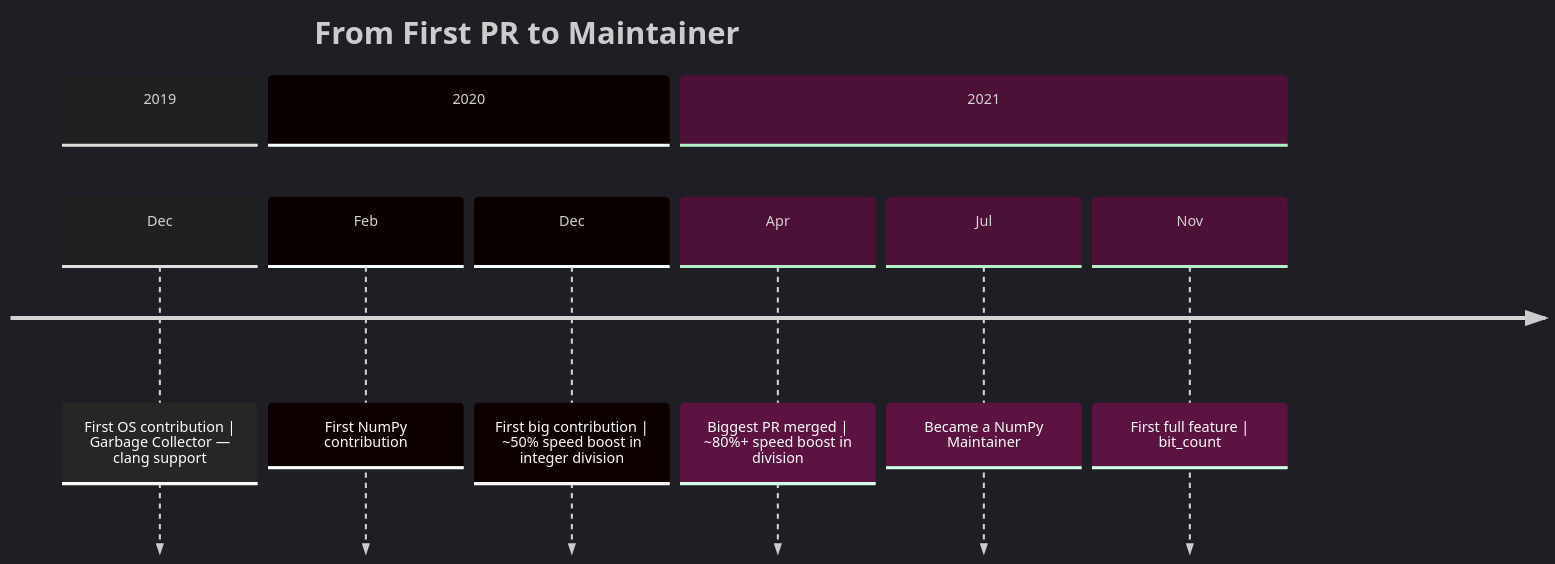
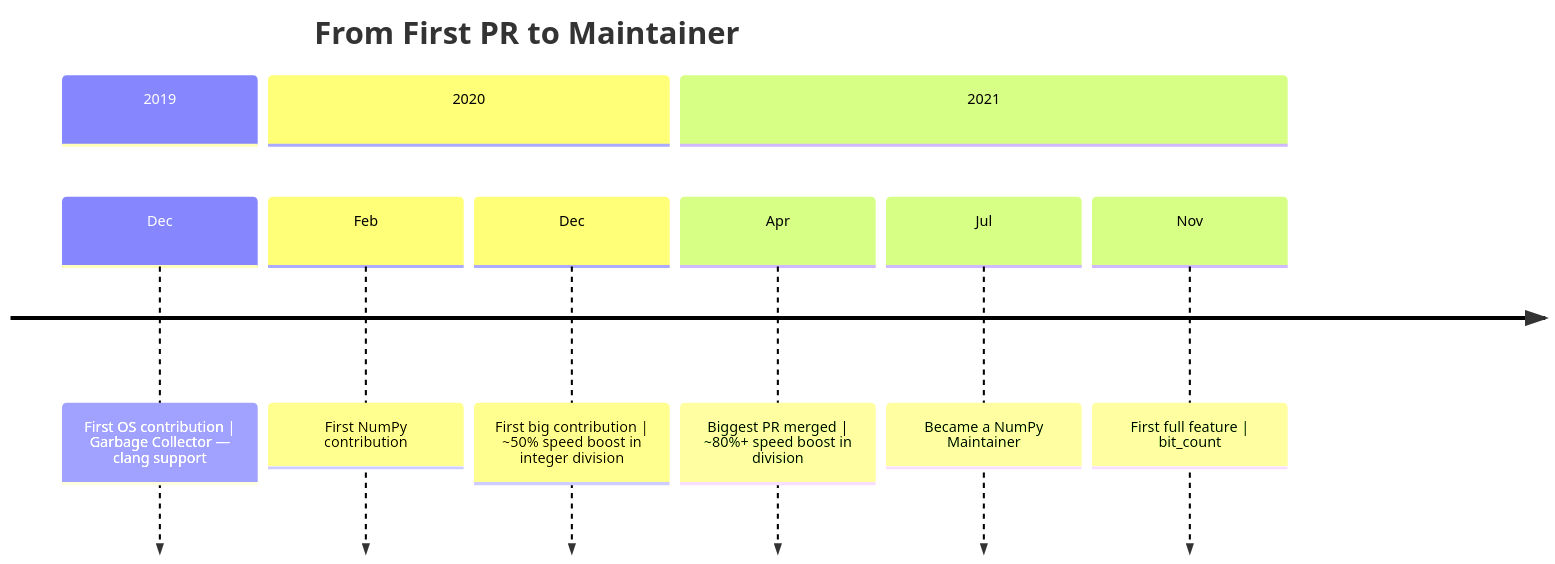
The diagram in slides.qmd (ganesh-k13/scipy-india-2026-talk), drawn with Mermaid before and after one commit. The commit also changed other lines of this file and 3 other files, not shown here.

````diff
--- a/slides.qmd
+++ b/slides.qmd
@@ -35,14 +35,14 @@
 ```{mermaid}
-%%{init: {'theme': 'dark', 'themeVariables': {'fontSize': '14px'}}}%%
+%%{init: {'themeVariables': {'fontSize': '14px'}}}%%
 timeline
     title From First PR to Maintainer
     section 2019
         Dec : First OS contribution | Garbage Collector — clang support
     section 2020
         Feb : First NumPy contribution
         Dec : First big contribution | ~50% speed boost in integer division
     section 2021
         Apr : Biggest PR merged | ~80%+ speed boost in division
         Jul : Became a NumPy Maintainer
         Nov : First full feature | bit_count
 ```
````
